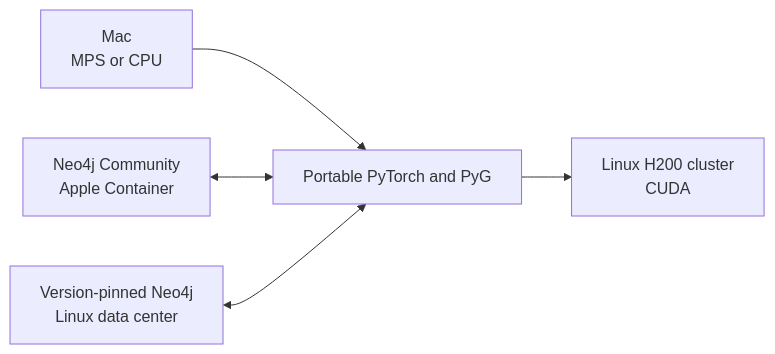
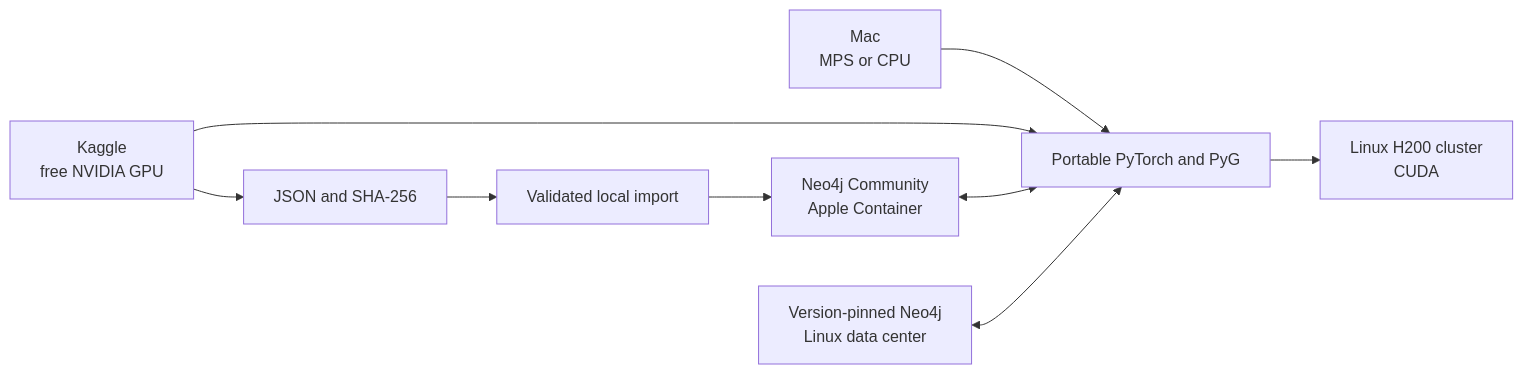
Before and after one commit to gh-andirdju/ml: the diagram in README.md, drawn with Mermaid. The commit also changed other lines of this file and 27 other files, not shown here.

Commit message:
Add Kaggle CUDA artifact proofs

````diff
--- a/README.md
+++ b/README.md
@@ -12,7 +11,11 @@
 ```mermaid
 flowchart LR
     mac[Mac<br/>MPS or CPU] --> shared[Portable PyTorch and PyG]
+    kaggle[Kaggle<br/>free NVIDIA GPU] --> shared
     shared --> h200[Linux H200 cluster<br/>CUDA]
+    kaggle --> artifact[JSON and SHA-256]
+    artifact --> importer[Validated local import]
+    importer --> localdb
     localdb[Neo4j Community<br/>Apple Container] <--> shared
     graphdb[Version-pinned Neo4j<br/>Linux data center] <--> shared
 ```
````
